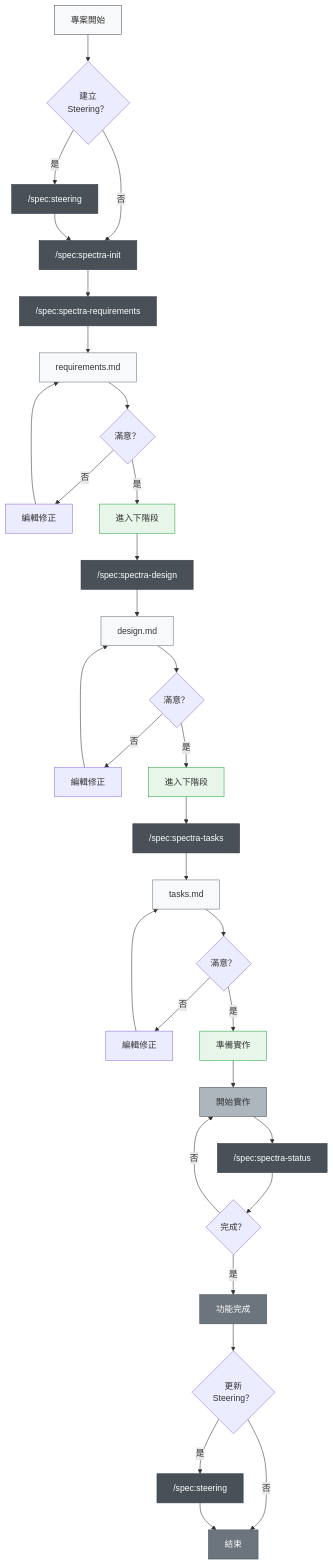
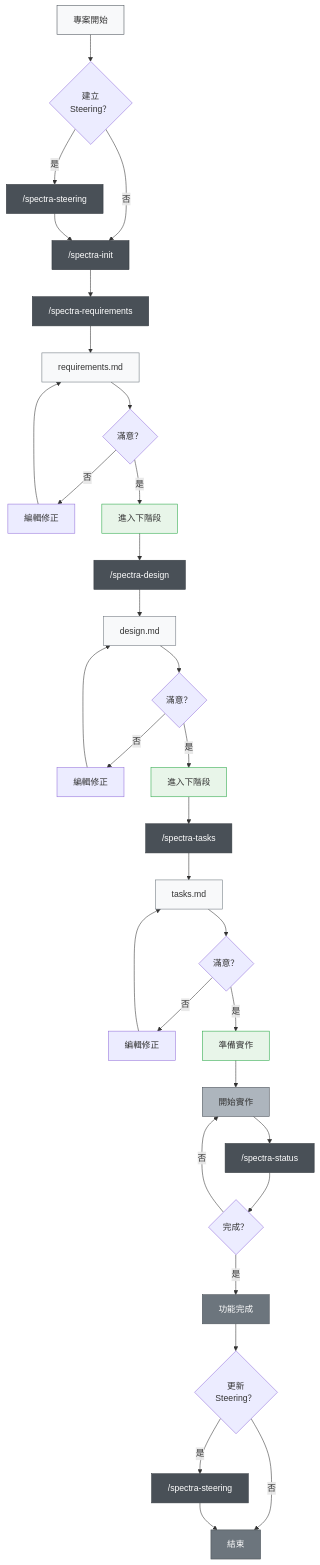
Before and after one commit to nekolife1984/spectra: the first of 2 diagrams in docs/README/README_zh-TW.md, drawn with Mermaid. The commit also changed other lines of this file and 30 other files, not shown here.

````diff
--- a/docs/README/README_zh-TW.md
+++ b/docs/README/README_zh-TW.md
@@ -130,58 +130,58 @@
 ```mermaid
 graph TD
     A["專案開始"] --> B{"建立<br/>Steering？"}
-    B -->|是| C["/spec:steering"]
-    B -->|否| D["/spec:spectra-init"]
+    B -->|是| C["/spectra-steering"]
+    B -->|否| D["/spectra-init"]
     C --> D
     
-    D --> E["/spec:spectra-requirements"]
+    D --> E["/spectra-requirements"]
     E --> F["requirements.md"]
     F --> G{"滿意？"}
     G -->|否| G1["編輯修正"]
     G1 --> F
     G -->|是| H["進入下階段"]
     
-    H --> I["/spec:spectra-design"]
+    H --> I["/spectra-design"]
     I --> J["design.md"]
     J --> K{"滿意？"}
     K -->|否| K1["編輯修正"]
     K1 --> J
     K -->|是| L["進入下階段"]
     
-    L --> M["/spec:spectra-tasks"]
+    L --> M["/spectra-tasks"]
     M --> N["tasks.md"]
     N --> O{"滿意？"}
     O -->|否| O1["編輯修正"]
     O1 --> N
     O -->|是| P["準備實作"]
     
     P --> Q["開始實作"]
-    Q --> R["/spec:spectra-status"]
+    Q --> R["/spectra-status"]
     R --> S{"完成？"}
     S -->|否| Q
     S -->|是| T["功能完成"]
     
     T --> U{"更新<br/>Steering？"}
-    U -->|是| V["/spec:steering"]
+    U -->|是| V["/spectra-steering"]
     U -->|否| W["結束"]
     V --> W
     
     %% 樣式定義
     style A fill:#f8f9fa,stroke:#495057
     style C fill:#495057,stroke:#343a40,color:#ffffff
     style D fill:#495057,stroke:#343a40,color:#ffffff
     style E fill:#495057,stroke:#343a40,color:#ffffff
     style I fill:#495057,stroke:#343a40,color:#ffffff
     style M fill:#495057,stroke:#343a40,color:#ffffff
     style R fill:#495057,stroke:#343a40,color:#ffffff
     style V fill:#495057,stroke:#343a40,color:#ffffff
     style F fill:#f8f9fa,stroke:#6c757d
     style J fill:#f8f9fa,stroke:#6c757d
     style N fill:#f8f9fa,stroke:#6c757d
     style H fill:#e8f5e9,stroke:#28a745
     style L fill:#e8f5e9,stroke:#28a745
     style P fill:#e8f5e9,stroke:#28a745
     style Q fill:#adb5bd,stroke:#495057
     style T fill:#6c757d,stroke:#495057,color:#ffffff
     style W fill:#6c757d,stroke:#495057,color:#ffffff
 ```
````
